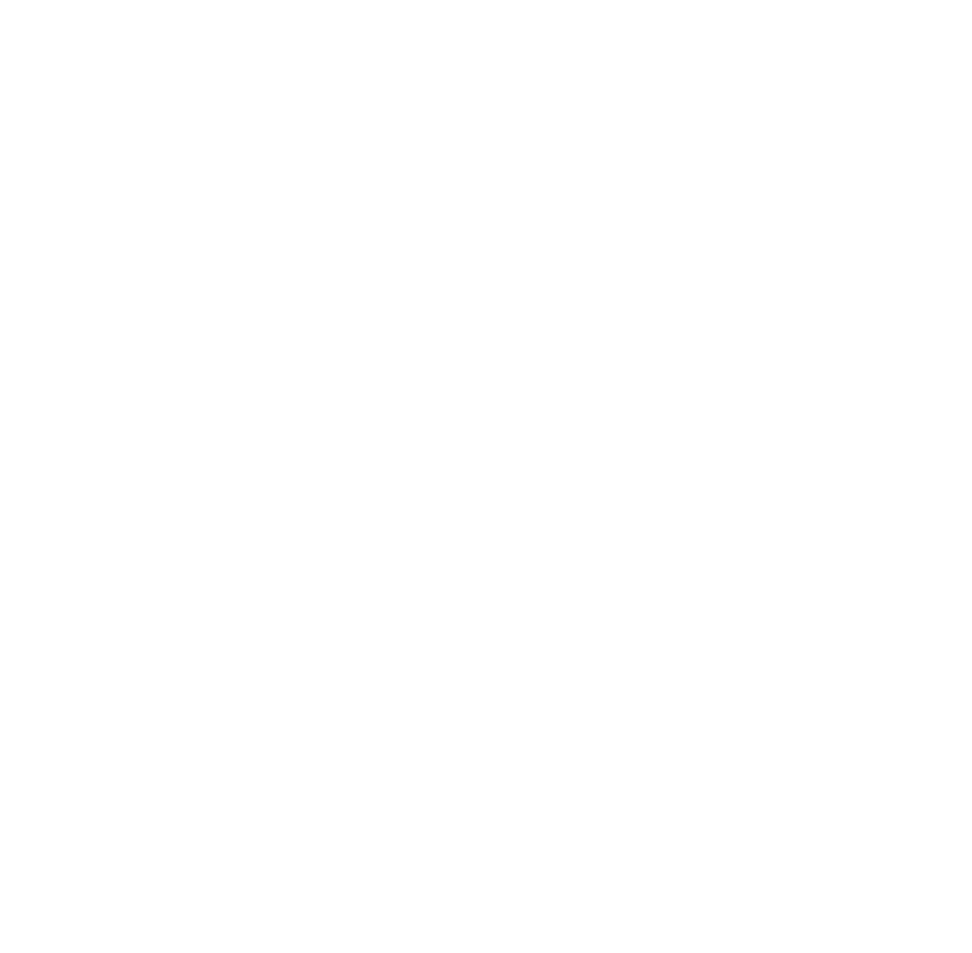
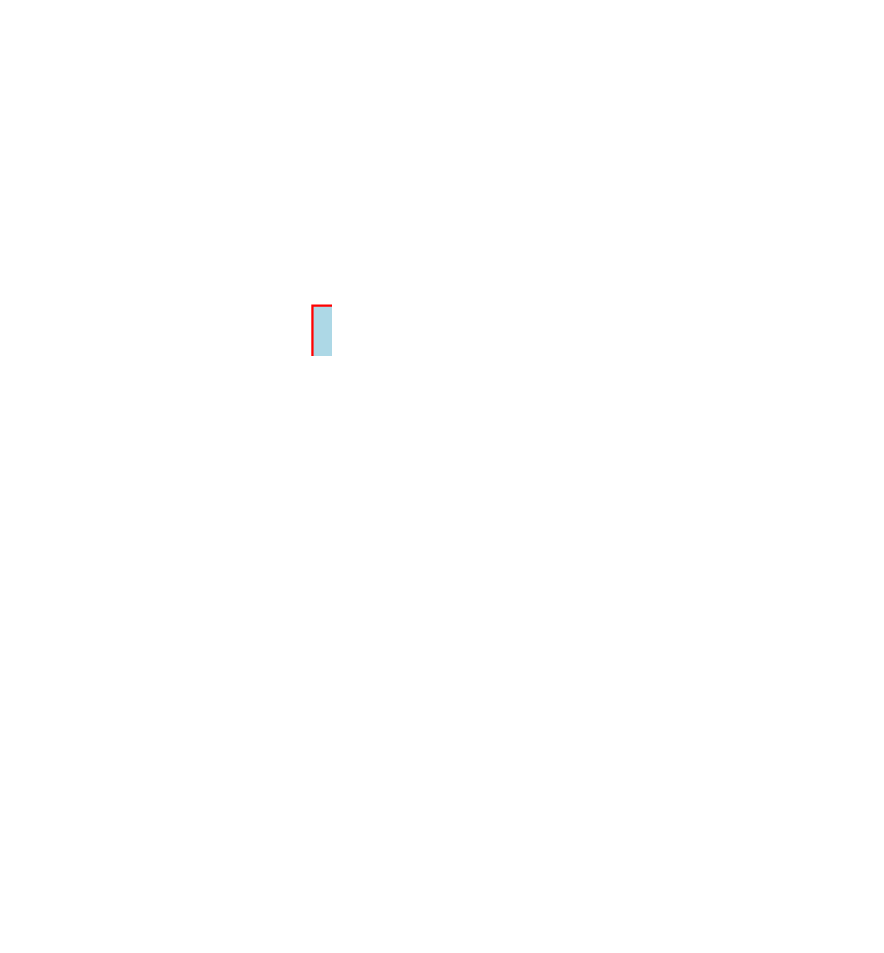
One commit to dodokek/Tree-Structure-Akinator changed the diagram in data/graph.dot. Above: the diagram before and after it, drawn with Graphviz. The commit also changed 3 other files, not shown here.

```diff
--- a/data/graph.dot
+++ b/data/graph.dot
@@ -1,44 +1,37 @@
 
     digraph g {
         dpi      = 200;
         fontname = "Comic Sans MS";
         fontsize = 20;
         rankdir   =  TB;
         edge [color = darkgrey, arrowhead = onormal, arrowsize = 1, penwidth = 1.2]
         graph[fillcolor = lightgreen, ranksep = 1.3, nodesep = 0.5,
         style = "rounded, filled",color = green, penwidth = 2]
 
-    Node00000242ea7e3f80[shape=rectangle, color="red", width=0.2, style="filled",fillcolor="lightblue", label="Animal
-"] 
+    Node0000021969e53f80[shape=rectangle, color="red", width=0.2, style="filled",fillcolor="lightblue", label="Animal"] 
  
-Node00000242ea7e3940[shape=rectangle, color="red", width=0.2, style="filled",fillcolor="lightblue", label="Bebra
-"] 
+Node0000021969e53940[shape=rectangle, color="red", width=0.2, style="filled",fillcolor="lightblue", label="Bebra"] 
  
-Node00000242ea80e820[shape=rectangle, color="red", width=0.2, style="filled",fillcolor="lightblue", label="Impostor"] 
+Node0000021969e7d860[shape=rectangle, color="red", width=0.2, style="filled",fillcolor="lightblue", label="TurboLol"] 
  
-Node00000242ea80dd40[shape=rectangle, color="red", width=0.2, style="filled",fillcolor="lightblue", label="SussyBaka"] 
+Node0000021969e7d7d0[shape=rectangle, color="red", width=0.2, style="filled",fillcolor="lightblue", label="Kek"] 
  
-Node00000242ea7e3970[shape=rectangle, color="red", width=0.2, style="filled",fillcolor="lightblue", label="Amongus
-"] 
+Node0000021969e53970[shape=rectangle, color="red", width=0.2, style="filled",fillcolor="lightblue", label="Amongus"] 
  
-Node00000242e91b7b10[shape=rectangle, color="red", width=0.2, style="filled",fillcolor="lightblue", label="Sus
-"] 
+Node0000021968697b10[shape=rectangle, color="red", width=0.2, style="filled",fillcolor="lightblue", label="Sus"] 
  
-Node00000242e91b7bb0[shape=rectangle, color="red", width=0.2, style="filled",fillcolor="lightblue", label="NotBebra
-"] 
+Node0000021968697bb0[shape=rectangle, color="red", width=0.2, style="filled",fillcolor="lightblue", label="NotBebra"] 
  
-Node00000242e91b7c50[shape=rectangle, color="red", width=0.2, style="filled",fillcolor="lightblue", label="Sanya
-"] 
+Node0000021968697c50[shape=rectangle, color="red", width=0.2, style="filled",fillcolor="lightblue", label="Sanya"] 
  
-Node00000242e91b7cf0[shape=rectangle, color="red", width=0.2, style="filled",fillcolor="lightblue", label="Vlados
-"] 
+Node0000021968697cf0[shape=rectangle, color="red", width=0.2, style="filled",fillcolor="lightblue", label="Vlados"] 
  
-Node00000242ea7e3f80->Node00000242ea7e3940
-Node00000242ea7e3940->Node00000242ea80e820
-Node00000242ea80e820->Node00000242ea80dd40
-Node00000242ea80e820->Node00000242ea7e3970
-Node00000242ea7e3940->Node00000242e91b7b10
-Node00000242ea7e3f80->Node00000242e91b7bb0
-Node00000242e91b7bb0->Node00000242e91b7c50
-Node00000242e91b7bb0->Node00000242e91b7cf0
+Node0000021969e53f80->Node0000021969e53940
+Node0000021969e53940->Node0000021969e7d860
+Node0000021969e7d860->Node0000021969e7d7d0
+Node0000021969e7d860->Node0000021969e53970
+Node0000021969e53940->Node0000021968697b10
+Node0000021969e53f80->Node0000021968697bb0
+Node0000021968697bb0->Node0000021968697c50
+Node0000021968697bb0->Node0000021968697cf0
 }
```
